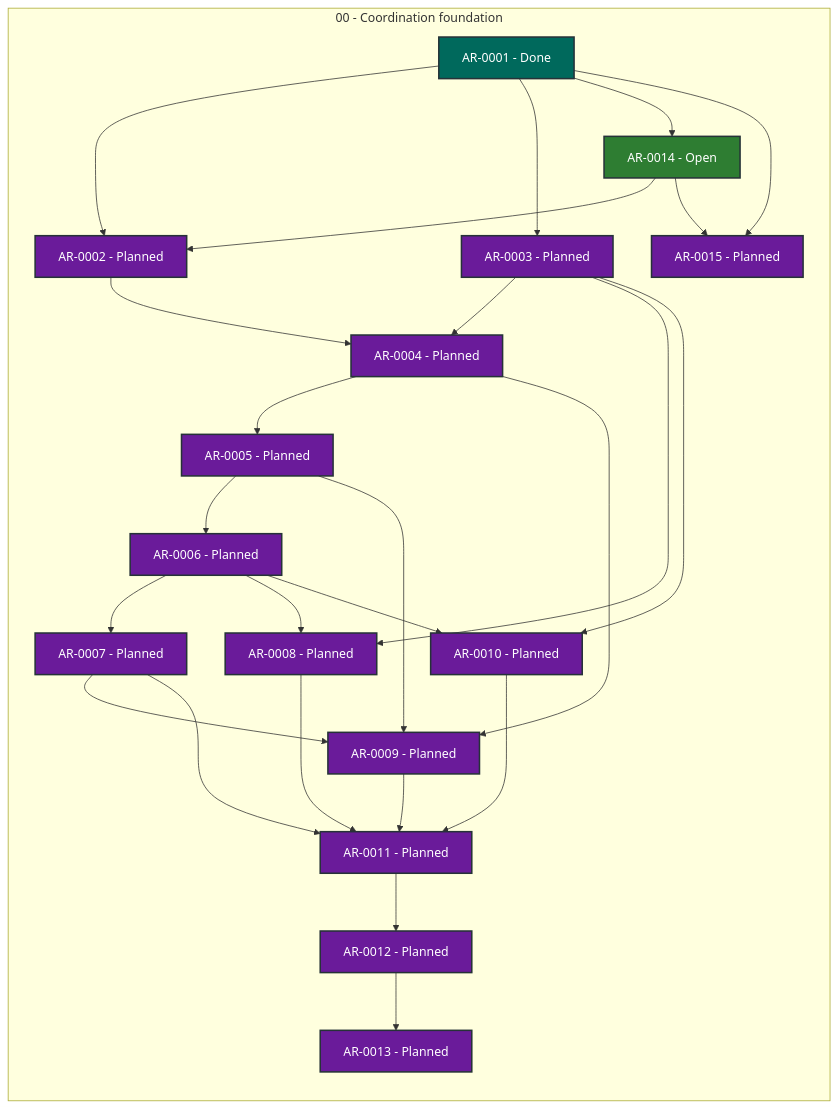
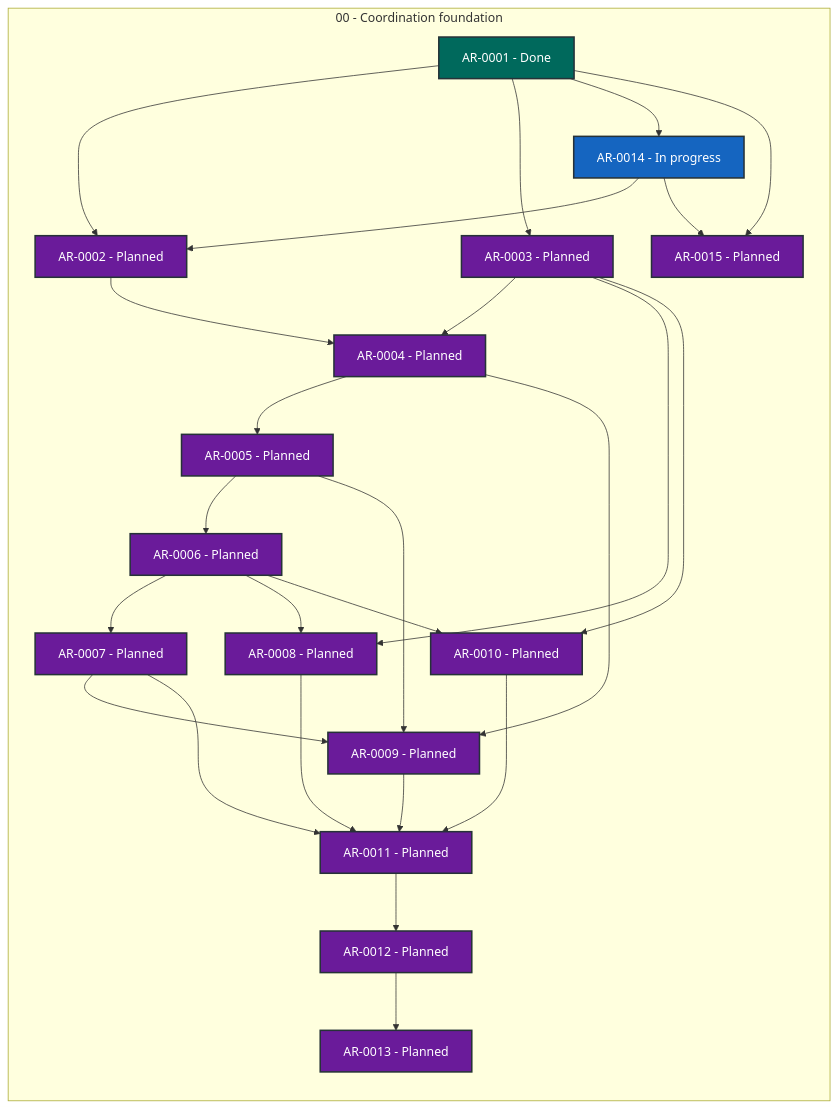
The diagram in STATUS.md (martin-beck/agent-workflow-tui-state), drawn with Mermaid before and after one commit. The commit also changed other lines of this file and 2 other files, not shown here.

````diff
--- a/STATUS.md
+++ b/STATUS.md
@@ -27,53 +27,53 @@
 ```mermaid
 flowchart LR
     subgraph series_00["00 - Coordination foundation"]
         direction TB
         AR_0001["AR-0001 - Done"]:::status_done
         AR_0002["AR-0002 - Planned"]:::status_planned
         AR_0003["AR-0003 - Planned"]:::status_planned
         AR_0004["AR-0004 - Planned"]:::status_planned
         AR_0005["AR-0005 - Planned"]:::status_planned
         AR_0006["AR-0006 - Planned"]:::status_planned
         AR_0007["AR-0007 - Planned"]:::status_planned
         AR_0008["AR-0008 - Planned"]:::status_planned
         AR_0009["AR-0009 - Planned"]:::status_planned
         AR_0010["AR-0010 - Planned"]:::status_planned
         AR_0011["AR-0011 - Planned"]:::status_planned
         AR_0012["AR-0012 - Planned"]:::status_planned
         AR_0013["AR-0013 - Planned"]:::status_planned
-        AR_0014["AR-0014 - Open"]:::status_open
+        AR_0014["AR-0014 - In progress"]:::status_in_progress
         AR_0015["AR-0015 - Planned"]:::status_planned
     end
     AR_0001 --> AR_0002
     AR_0001 --> AR_0003
     AR_0001 --> AR_0014
     AR_0001 --> AR_0015
     AR_0002 --> AR_0004
     AR_0003 --> AR_0004
     AR_0003 --> AR_0008
     AR_0003 --> AR_0010
     AR_0004 --> AR_0005
     AR_0004 --> AR_0009
     AR_0005 --> AR_0006
     AR_0005 --> AR_0009
     AR_0006 --> AR_0007
     AR_0006 --> AR_0008
     AR_0006 --> AR_0010
     AR_0007 --> AR_0009
     AR_0007 --> AR_0011
     AR_0008 --> AR_0011
     AR_0009 --> AR_0011
     AR_0010 --> AR_0011
     AR_0011 --> AR_0012
     AR_0012 --> AR_0013
     AR_0014 --> AR_0002
     AR_0014 --> AR_0015
     classDef status_in_progress fill:#1565c0,color:#ffffff,stroke:#263238,stroke-width:2px
     classDef status_open fill:#2e7d32,color:#ffffff,stroke:#263238,stroke-width:2px
     classDef status_blocked fill:#c62828,color:#ffffff,stroke:#263238,stroke-width:2px
     classDef status_planned fill:#6a1b9a,color:#ffffff,stroke:#263238,stroke-width:2px
     classDef status_future fill:#455a64,color:#ffffff,stroke:#263238,stroke-width:2px
     classDef status_done fill:#00695c,color:#ffffff,stroke:#263238,stroke-width:2px
     classDef status_cancelled fill:#616161,color:#ffffff,stroke:#263238,stroke-width:2px
     classDef status_superseded fill:#5d4037,color:#ffffff,stroke:#263238,stroke-width:2px
 ```
````
